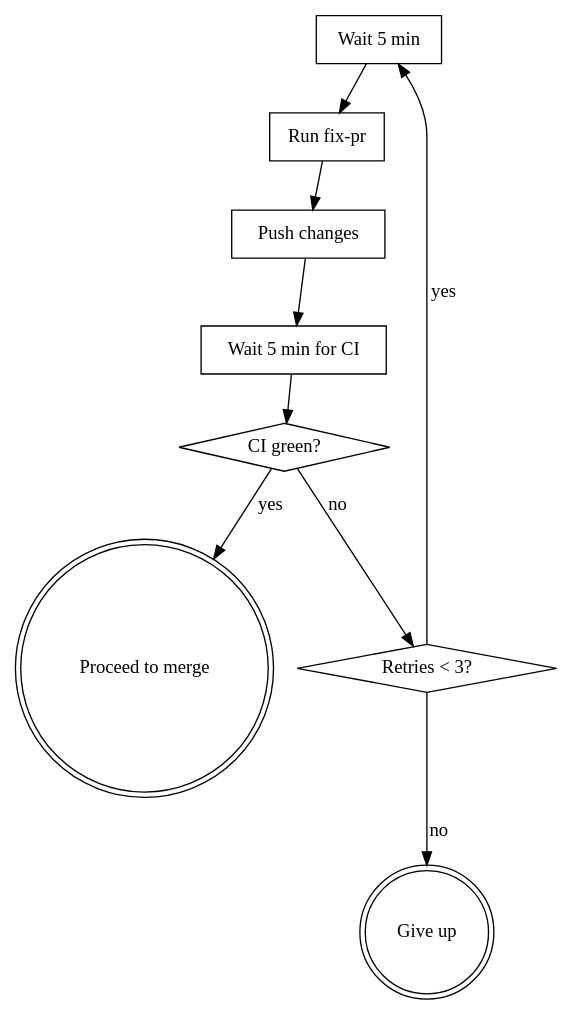
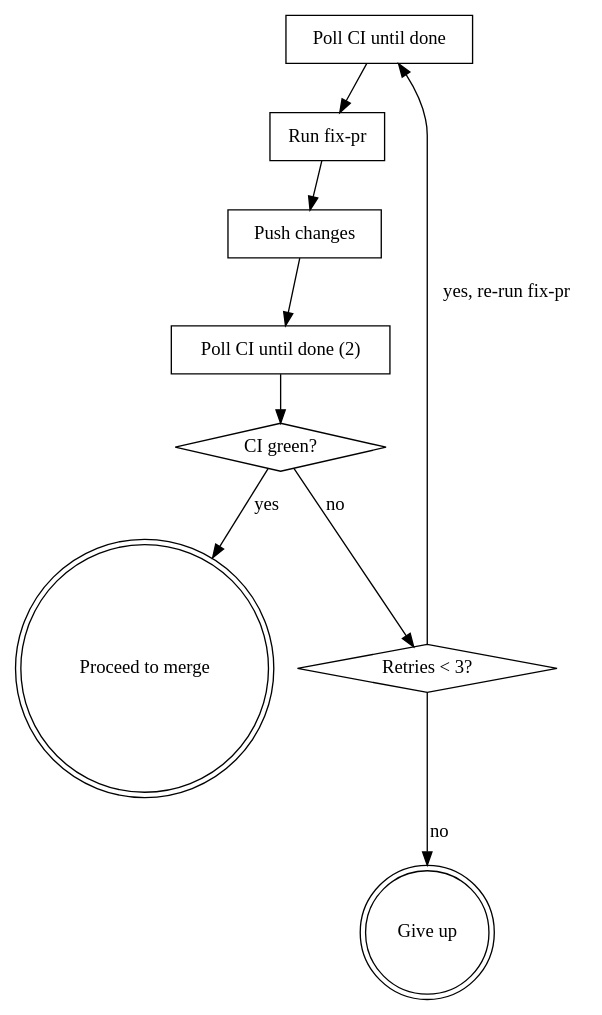
The diagram in .claude/skills/meta-power/SKILL.md (CodingThrust/problem-reductions), drawn with Graphviz before and after one commit. The commit also changed other lines of this file, not shown here.

````diff
--- a/.claude/skills/meta-power/SKILL.md
+++ b/.claude/skills/meta-power/SKILL.md
@@ -89,21 +98,21 @@
 ```dot
 digraph fix_loop {
-    "Wait 5 min" [shape=box];
+    "Poll CI until done" [shape=box];
     "Run fix-pr" [shape=box];
     "Push changes" [shape=box];
-    "Wait 5 min for CI" [shape=box];
+    "Poll CI until done (2)" [shape=box];
     "CI green?" [shape=diamond];
     "Retries < 3?" [shape=diamond];
     "Proceed to merge" [shape=doublecircle];
     "Give up" [shape=doublecircle];
 
-    "Wait 5 min" -> "Run fix-pr";
+    "Poll CI until done" -> "Run fix-pr";
     "Run fix-pr" -> "Push changes";
-    "Push changes" -> "Wait 5 min for CI";
-    "Wait 5 min for CI" -> "CI green?";
+    "Push changes" -> "Poll CI until done (2)";
+    "Poll CI until done (2)" -> "CI green?";
     "CI green?" -> "Proceed to merge" [label="yes"];
     "CI green?" -> "Retries < 3?" [label="no"];
-    "Retries < 3?" -> "Wait 5 min" [label="yes"];
+    "Retries < 3?" -> "Poll CI until done" [label="yes, re-run fix-pr"];
     "Retries < 3?" -> "Give up" [label="no"];
 }
 ```
````
